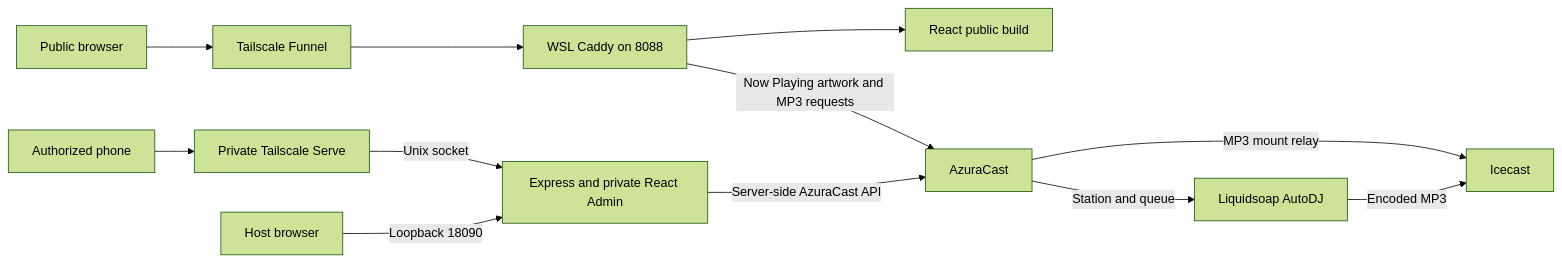
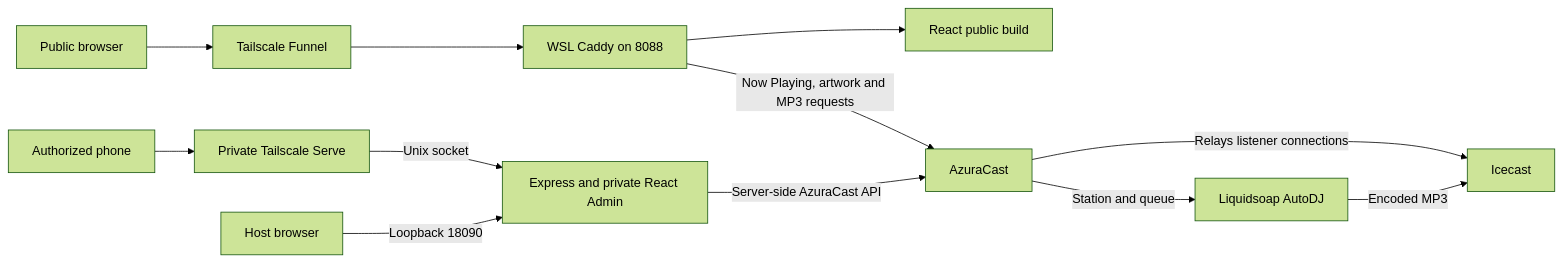
The diagram in docs/architecture.md (Hussamraba/cdr-radio-platform), drawn with Mermaid (forest theme) before and after one commit. The commit also changed other lines of this file and 4 other files, not shown here.

````diff
--- a/docs/architecture.md
+++ b/docs/architecture.md
@@ -7,14 +7,14 @@
 ```mermaid
 flowchart LR
     Listener[Public browser] --> Funnel[Tailscale Funnel]
     Funnel --> Caddy[WSL Caddy on 8088]
     Caddy --> Public[React public build]
-    Caddy -->|Now Playing artwork and MP3 requests| AzuraCast
-    AzuraCast -->|MP3 mount relay| Icecast
+    Caddy -->|Now Playing, artwork and MP3 requests| AzuraCast
+    AzuraCast -->|Relays listener connections| Icecast
     AzuraCast -->|Station and queue| AutoDJ[Liquidsoap AutoDJ]
     AutoDJ -->|Encoded MP3| Icecast
     Operator[Authorized phone] --> Serve[Private Tailscale Serve]
     Serve -->|Unix socket| Admin[Express and private React Admin]
     Desktop[Host browser] -->|Loopback 18090| Admin
     Admin -->|Server-side AzuraCast API| AzuraCast
 ```
````
